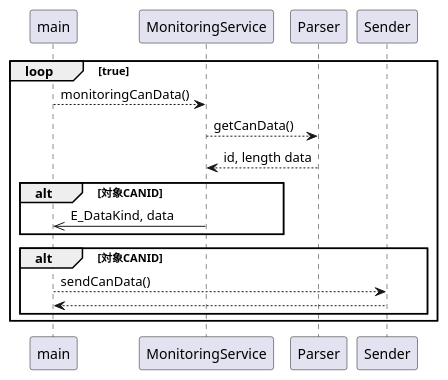
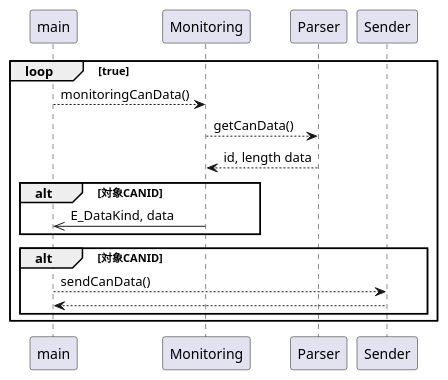
One commit to N2mR/CAN changed the diagram in src/class.pu. Above: the diagram before and after it, drawn with PlantUML. The commit also changed 3 other files, not shown here.

```diff
--- a/src/class.pu
+++ b/src/class.pu
@@ -1,18 +1,18 @@
 @startuml
 
 
 loop true
-    main --> MonitoringService: monitoringCanData()
-        MonitoringService-->Parser: getCanData()
-        Parser-->MonitoringService: id, length data
+    main --> Monitoring: monitoringCanData()
+        Monitoring-->Parser: getCanData()
+        Parser-->Monitoring: id, length data
         alt 対象CANID
-        MonitoringService ->> main: E_DataKind, data
+        Monitoring ->> main: E_DataKind, data
         end
 
     alt 対象CANID
         main-->Sender: sendCanData()
         Sender-->main: 
     end
 end
 
 @enduml
```
